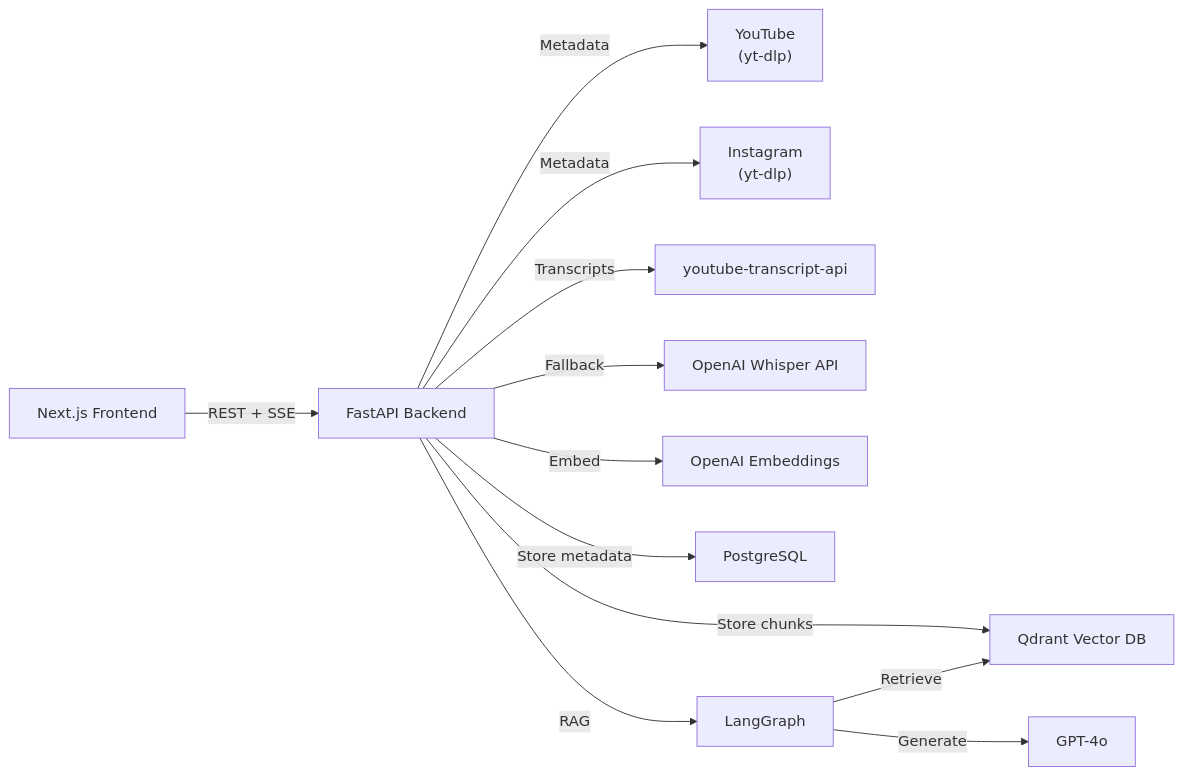
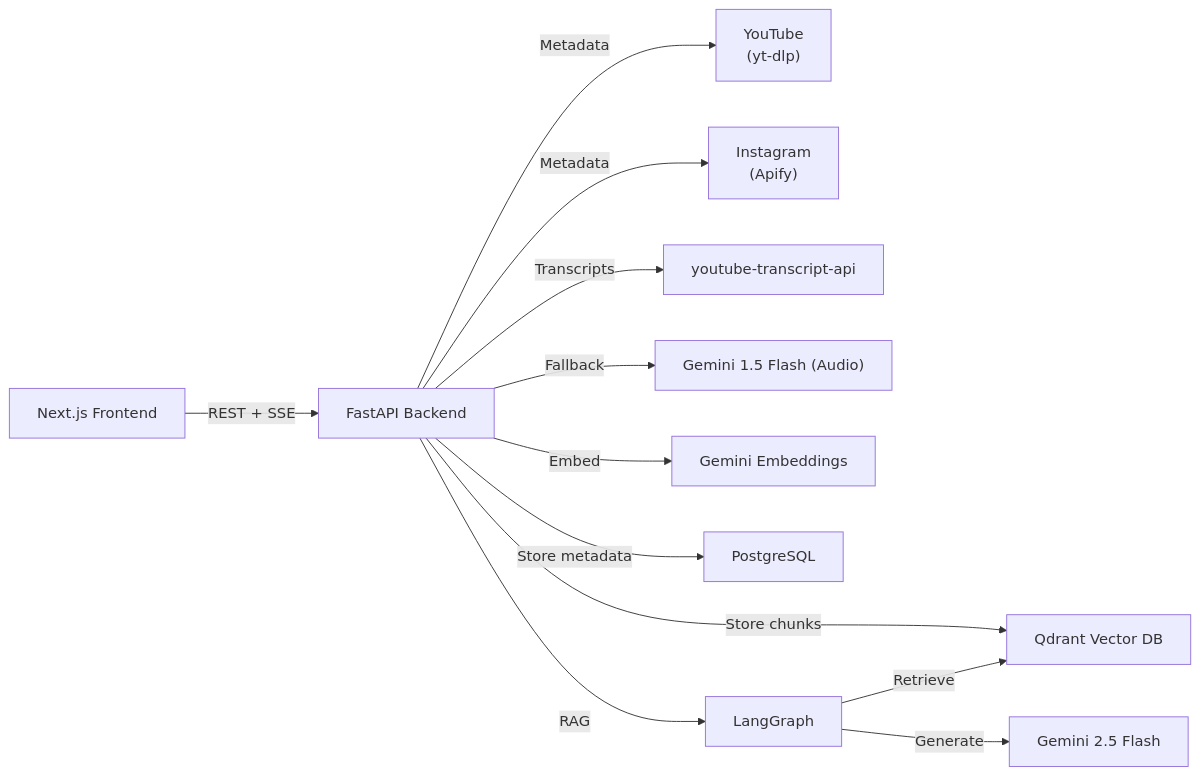
The first of 2 diagrams in README.md (pieby2/leads), drawn with Mermaid before and after one commit. The commit also changed other lines of this file and 18 other files, not shown here.

````diff
--- a/README.md
+++ b/README.md
@@ -24,17 +24,17 @@
 ```mermaid
 graph LR
     UI["Next.js Frontend"] -->|REST + SSE| API["FastAPI Backend"]
     
     API -->|Metadata| YT["YouTube<br/>(yt-dlp)"]
-    API -->|Metadata| IG["Instagram<br/>(yt-dlp)"]
+    API -->|Metadata| IG["Instagram<br/>(Apify)"]
     API -->|Transcripts| YTAPI["youtube-transcript-api"]
-    API -->|Fallback| Whisper["OpenAI Whisper API"]
+    API -->|Fallback| GeminiAudio["Gemini 1.5 Flash (Audio)"]
     
-    API -->|Embed| OAI["OpenAI Embeddings"]
+    API -->|Embed| GEM_EMB["Gemini Embeddings"]
     API -->|Store chunks| Qdrant["Qdrant Vector DB"]
     API -->|Store metadata| PG["PostgreSQL"]
     
     API -->|RAG| LG["LangGraph"]
     LG -->|Retrieve| Qdrant
-    LG -->|Generate| GPT["GPT-4o"]
+    LG -->|Generate| GEMINI["Gemini 2.5 Flash"]
 ```
````
